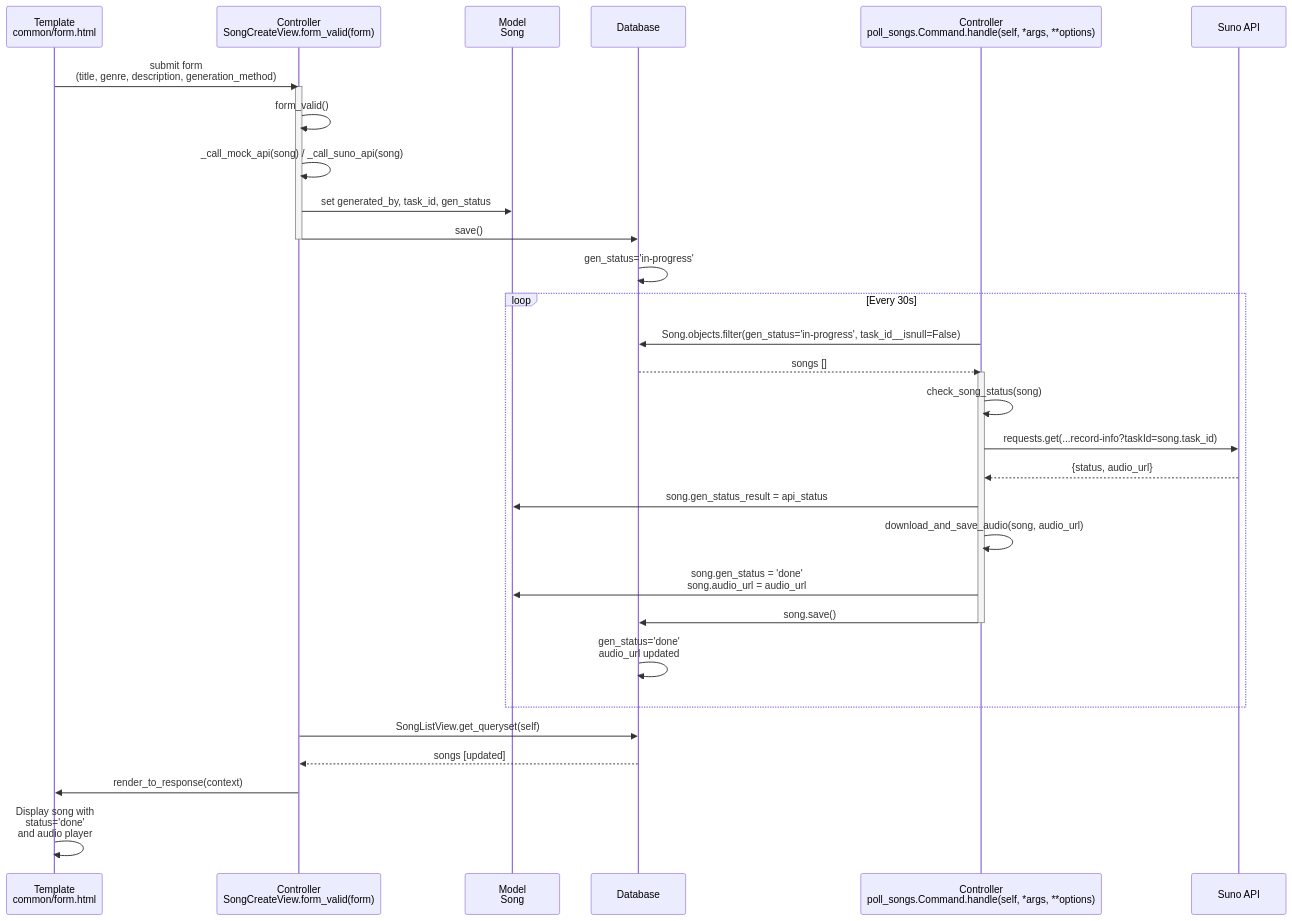
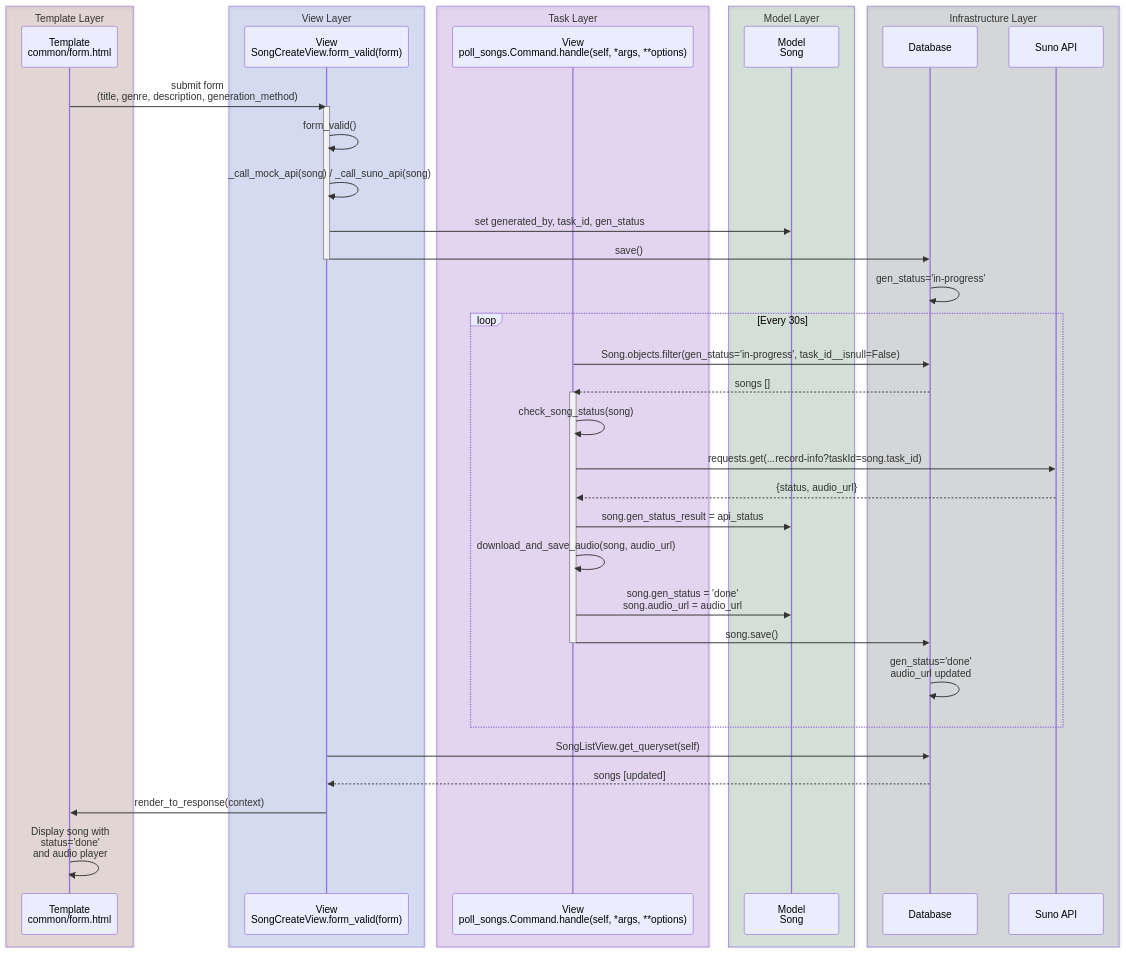
One commit to taamtera/musicprojectdjango changed the second of 3 diagrams in README.md. Above: the diagram before and after it, drawn with Mermaid. The commit also changed other lines of this file, not shown here.

````diff
--- a/README.md
+++ b/README.md
@@ -164,38 +164,48 @@
 ```mermaid
 sequenceDiagram
-   participant Template as Template<br/>common/form.html
-   participant SongView as Controller<br/>SongCreateView.form_valid(form)
-    participant SongModel as Model<br/>Song
-    participant DB as Database
-   participant TasksView as Controller<br/>poll_songs.Command.handle(self, *args, **options)
-    participant SunoAPI as Suno API
+   box rgba(124,45,18,0.15) Template Layer
+      participant Template as Template<br/>common/form.html
+   end
+   box rgba(29,78,216,0.15) View Layer
+      participant SongView as View<br/>SongCreateView.form_valid(form)
+   end
+   box rgba(126,34,206,0.15) Task Layer
+      participant TasksView as View<br/>poll_songs.Command.handle(self, *args, **options)
+   end
+   box rgba(22,101,52,0.15) Model Layer
+      participant SongModel as Model<br/>Song
+   end
+   box rgba(31,41,55,0.15) Infrastructure Layer
+      participant DB as Database
+      participant SunoAPI as Suno API
+   end
 
    Template->>SongView: submit form<br/>(title, genre, description, generation_method)
     activate SongView
     SongView->>SongView: form_valid()
    SongView->>SongView: _call_mock_api(song) / _call_suno_api(song)
    SongView->>SongModel: set generated_by, task_id, gen_status
    SongView->>DB: save()
     deactivate SongView
     DB->>DB: gen_status='in-progress'
 
     loop Every 30s
       TasksView->>DB: Song.objects.filter(gen_status='in-progress', task_id__isnull=False)
         DB-->>TasksView: songs []
         activate TasksView
         TasksView->>TasksView: check_song_status(song)
       TasksView->>SunoAPI: requests.get(...record-info?taskId=song.task_id)
         SunoAPI-->>TasksView: {status, audio_url}
         TasksView->>SongModel: song.gen_status_result = api_status
       TasksView->>TasksView: download_and_save_audio(song, audio_url)
       TasksView->>SongModel: song.gen_status = 'done'<br/>song.audio_url = audio_url
       TasksView->>DB: song.save()
         deactivate TasksView
         DB->>DB: gen_status='done'<br/>audio_url updated
     end
 
    SongView->>DB: SongListView.get_queryset(self)
     DB-->>SongView: songs [updated]
    SongView->>Template: render_to_response(context)
     Template->>Template: Display song with<br/>status='done'<br/>and audio player
 ```
````
